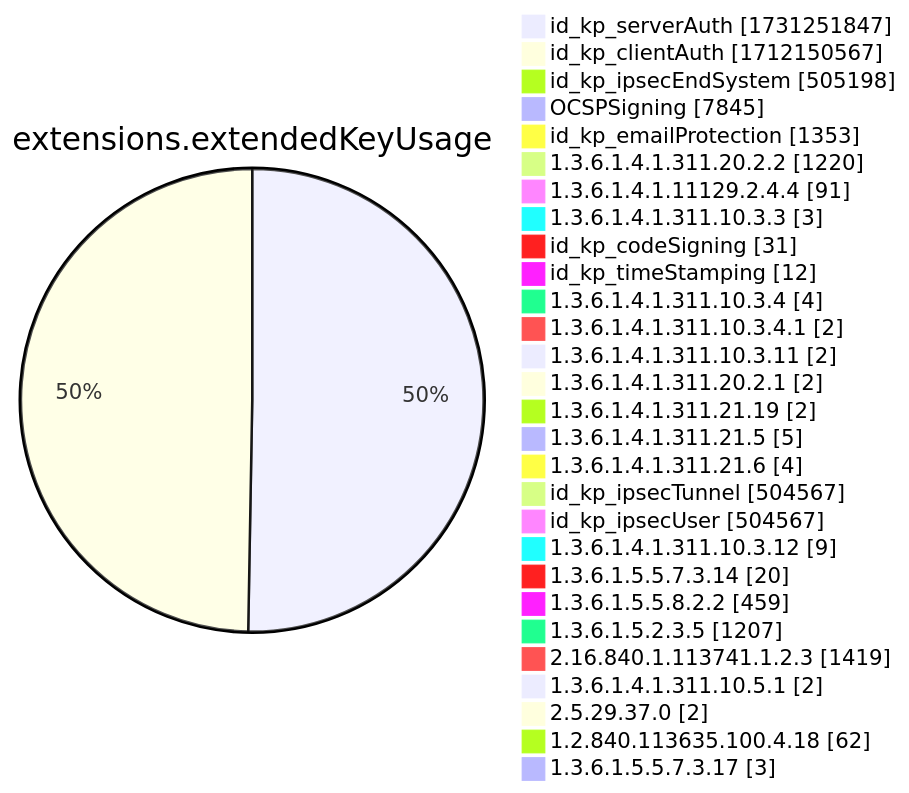
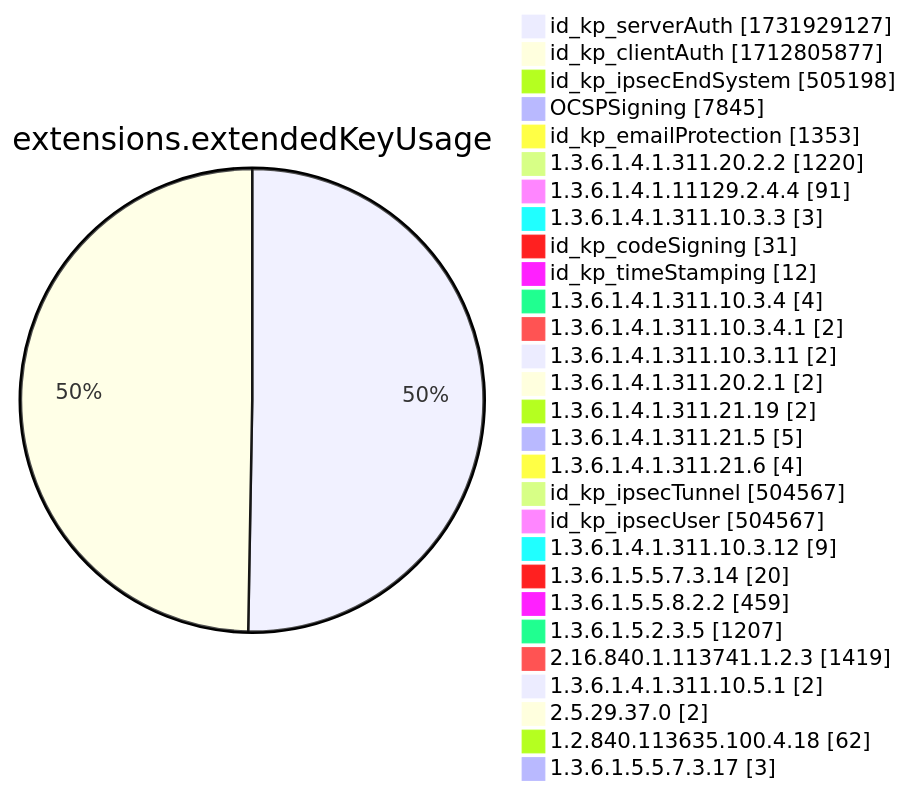
Diagram 12 of 15 in xenon2022/README.md (christiankrug/ctmonitor_visualization), drawn with Mermaid before and after one commit. The commit also changed other lines of this file, not shown here.

````diff
--- a/xenon2022/README.md
+++ b/xenon2022/README.md
@@ -3889,32 +3890,32 @@
 ```mermaid
 pie showData
 title extensions.extendedKeyUsage
-"id_kp_serverAuth" :1731251847
-"id_kp_clientAuth" :1712150567
+"id_kp_serverAuth" :1731929127
+"id_kp_clientAuth" :1712805877
 "id_kp_ipsecEndSystem" :505198
 "OCSPSigning" :7845
 "id_kp_emailProtection" :1353
 "1.3.6.1.4.1.311.20.2.2" :1220
 "1.3.6.1.4.1.11129.2.4.4" :91
 "1.3.6.1.4.1.311.10.3.3" :3
 "id_kp_codeSigning" :31
 "id_kp_timeStamping" :12
 "1.3.6.1.4.1.311.10.3.4" :4
 "1.3.6.1.4.1.311.10.3.4.1" :2
 "1.3.6.1.4.1.311.10.3.11" :2
 "1.3.6.1.4.1.311.20.2.1" :2
 "1.3.6.1.4.1.311.21.19" :2
 "1.3.6.1.4.1.311.21.5" :5
 "1.3.6.1.4.1.311.21.6" :4
 "id_kp_ipsecTunnel" :504567
 "id_kp_ipsecUser" :504567
 "1.3.6.1.4.1.311.10.3.12" :9
 "1.3.6.1.5.5.7.3.14" :20
 "1.3.6.1.5.5.8.2.2" :459
 "1.3.6.1.5.2.3.5" :1207
 "2.16.840.1.113741.1.2.3" :1419
 "1.3.6.1.4.1.311.10.5.1" :2
 "2.5.29.37.0" :2
 "1.2.840.113635.100.4.18" :62
 "1.3.6.1.5.5.7.3.17" :3
 ```
````
